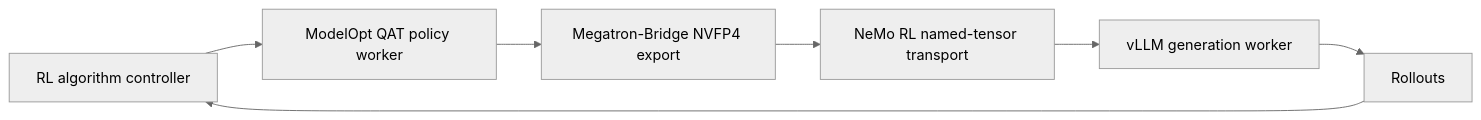
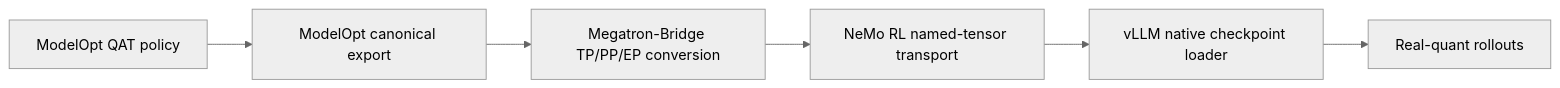
One commit to NVIDIA-NeMo/RL changed the diagram in docs/design-docs/modelopt-real-quant-architecture.md. Above: the diagram before and after it, drawn with Mermaid (neutral theme). The commit also changed other lines of this file and 27 other files, not shown here.

Commit message:
Use canonical ModelOpt real-quant refit

````diff
--- a/docs/design-docs/modelopt-real-quant-architecture.md
+++ b/docs/design-docs/modelopt-real-quant-architecture.md
@@ -43,9 +23,8 @@
 ```mermaid
 flowchart LR
-    A[RL algorithm controller] --> B[ModelOpt QAT policy worker]
-    B --> C[Megatron-Bridge NVFP4 export]
+    A[ModelOpt QAT policy] --> B[ModelOpt canonical export]
+    B --> C[Megatron-Bridge TP/PP/EP conversion]
     C --> D[NeMo RL named-tensor transport]
-    D --> E[vLLM generation worker]
-    E --> F[Rollouts]
-    F --> A
+    D --> E[vLLM native checkpoint loader]
+    E --> F[Real-quant rollouts]
 ```
````
